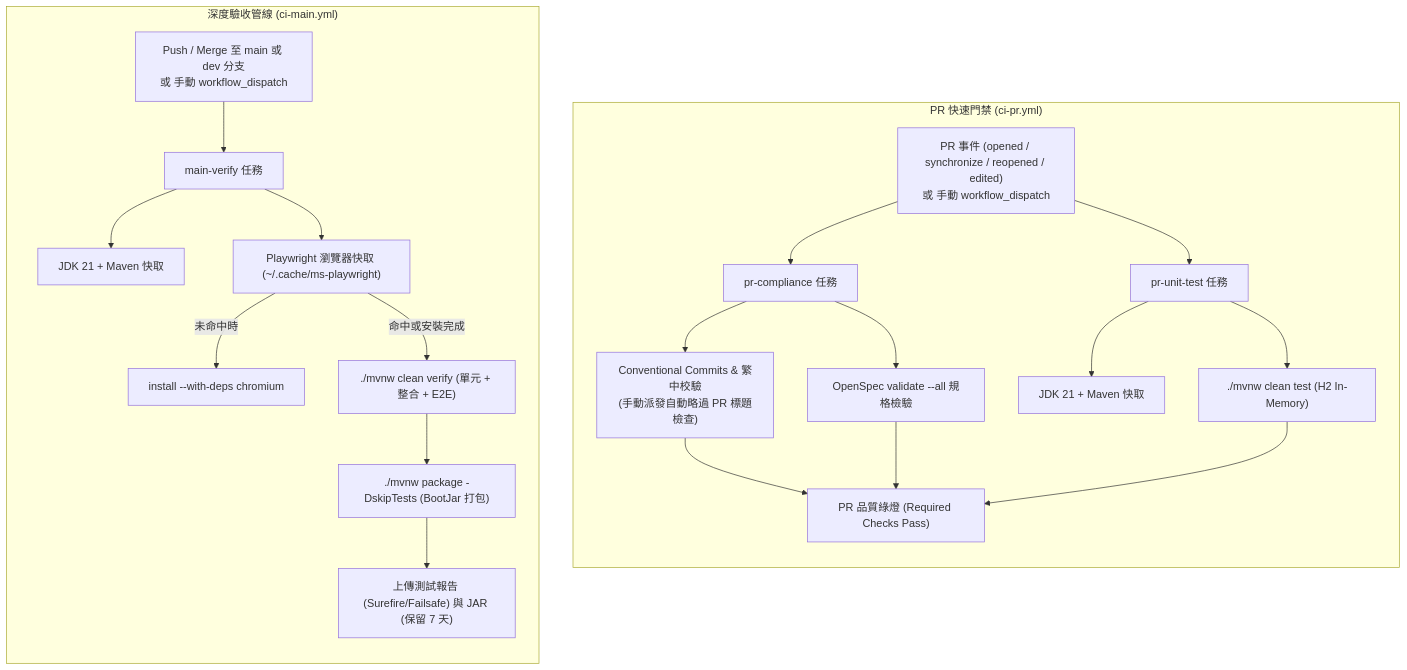
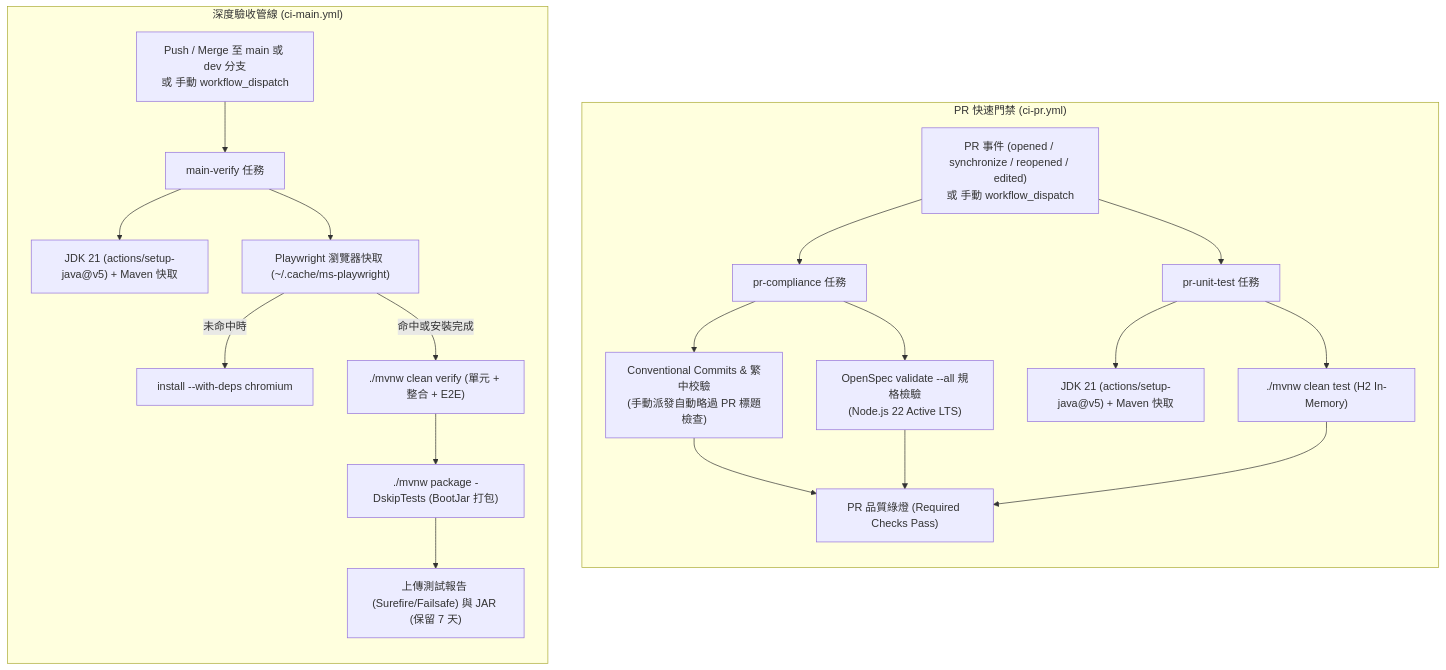
Before and after one commit to ArvinSu-JingYin/Tibame_Java2026: the diagram in docs/guides/github-actions-ci-guide.md, drawn with Mermaid. The commit also changed other lines of this file and 10 other files, not shown here.

````diff
--- a/docs/guides/github-actions-ci-guide.md
+++ b/docs/guides/github-actions-ci-guide.md
@@ -23,27 +23,27 @@
 ```mermaid
 flowchart TD
     subgraph PR_Pipeline ["PR 快速門禁 (ci-pr.yml)"]
         direction TB
         PR_Event["PR 事件 (opened / synchronize / reopened / edited)<br>或 手動 workflow_dispatch"] --> PR_Comp["pr-compliance 任務"]
         PR_Event --> PR_Test["pr-unit-test 任務"]
         
         PR_Comp --> C1["Conventional Commits & 繁中校驗<br>(手動派發自動略過 PR 標題檢查)"]
-        PR_Comp --> C2["OpenSpec validate --all 規格檢驗"]
+        PR_Comp --> C2["OpenSpec validate --all 規格檢驗<br>(Node.js 22 Active LTS)"]
         
-        PR_Test --> T1["JDK 21 + Maven 快取"]
+        PR_Test --> T1["JDK 21 (actions/setup-java@v5) + Maven 快取"]
         PR_Test --> T2["./mvnw clean test (H2 In-Memory)"]
         
         C1 & C2 & T2 --> PR_Pass["PR 品質綠燈 (Required Checks Pass)"]
     end
 
     subgraph Main_Pipeline ["深度驗收管線 (ci-main.yml)"]
         direction TB
         Push_Event["Push / Merge 至 main 或 dev 分支<br>或 手動 workflow_dispatch"] --> Main_Job["main-verify 任務"]
-        Main_Job --> M1["JDK 21 + Maven 快取"]
+        Main_Job --> M1["JDK 21 (actions/setup-java@v5) + Maven 快取"]
         Main_Job --> M2["Playwright 瀏覽器快取 (~/.cache/ms-playwright)"]
         M2 -->|未命中時| M2_Install["install --with-deps chromium"]
         M2 -->|命中或安裝完成| M3["./mvnw clean verify (單元 + 整合 + E2E)"]
         M3 --> M4["./mvnw package -DskipTests (BootJar 打包)"]
         M4 --> M5["上傳測試報告 (Surefire/Failsafe) 與 JAR (保留 7 天)"]
     end
 ```
````
